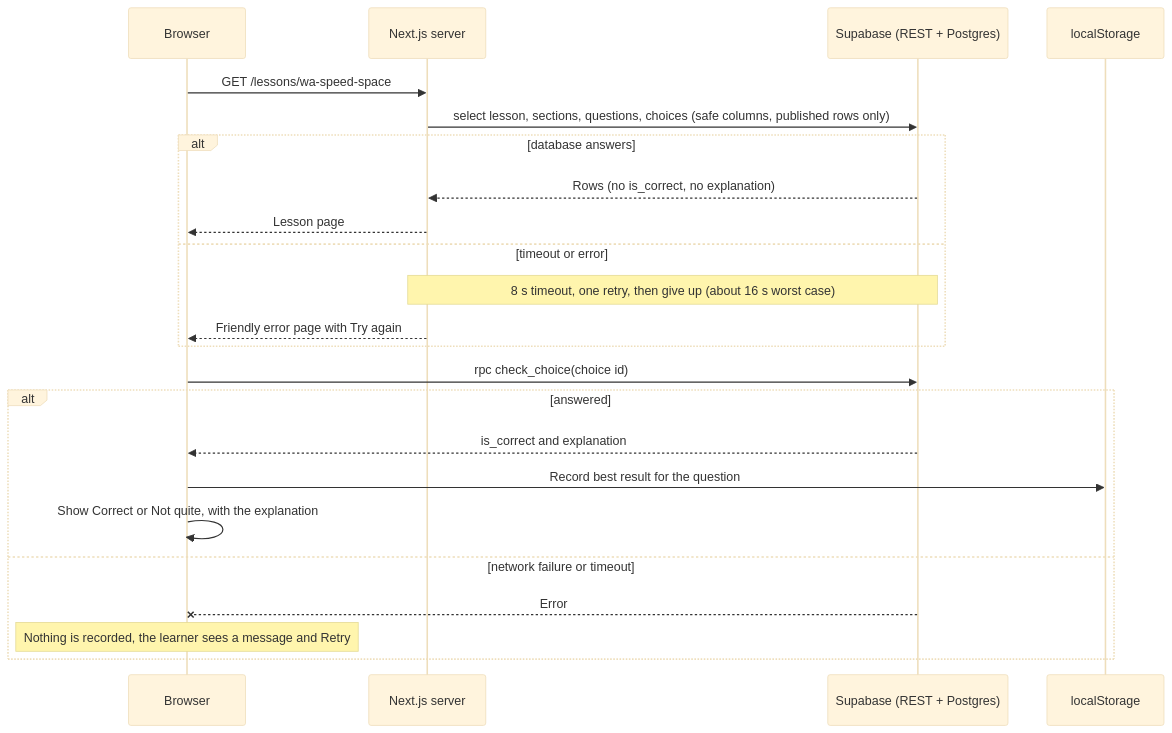
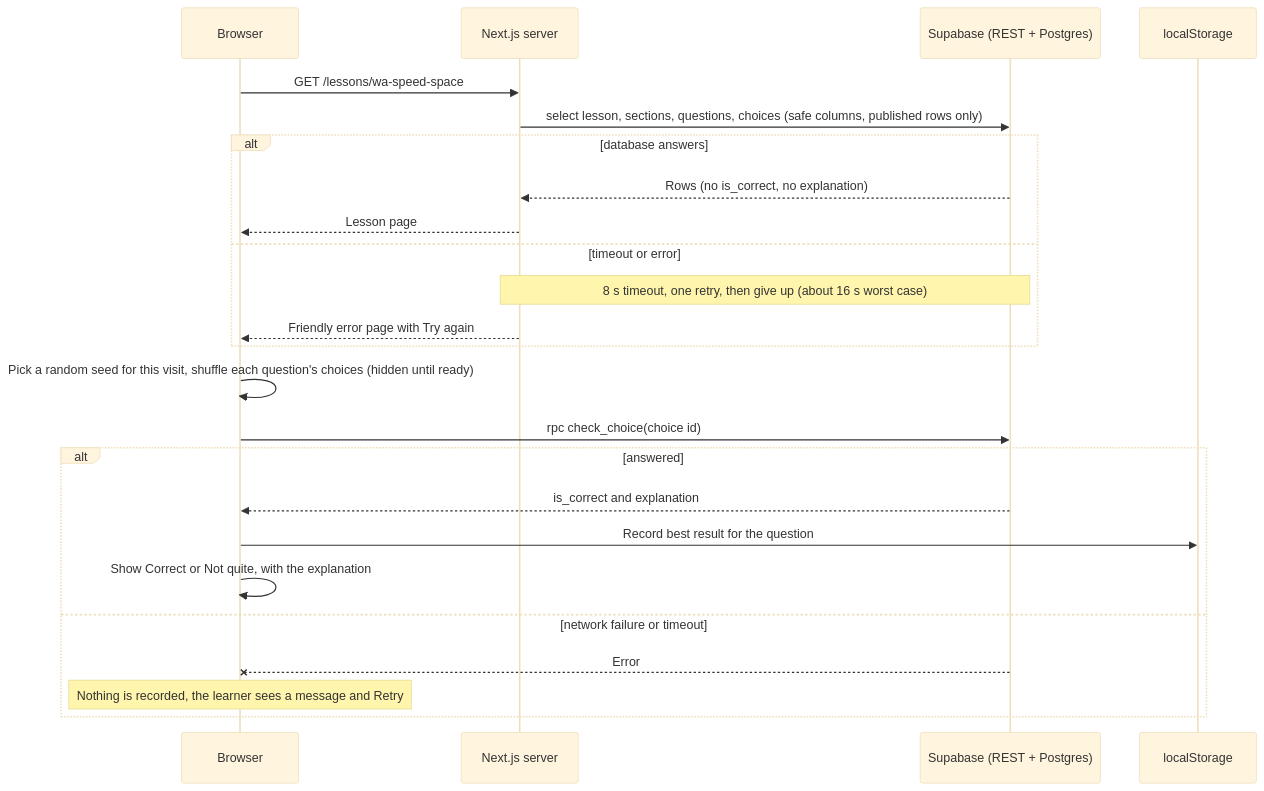
One commit to abdulrahman1121/super-driver changed the ninth of 9 diagrams in architecture/data-flow.md. Above: the diagram before and after it, drawn with Mermaid (base theme). The commit also changed other lines of this file and 6 other files, not shown here.

````diff
--- a/architecture/data-flow.md
+++ b/architecture/data-flow.md
@@ -311,26 +311,27 @@
 ```mermaid
 sequenceDiagram
   participant B as Browser
   participant N as Next.js server
   participant DB as Supabase (REST + Postgres)
   participant LS as localStorage
 
   B->>N: GET /lessons/wa-speed-space
   N->>DB: select lesson, sections, questions, choices (safe columns, published rows only)
   alt database answers
     DB-->>N: Rows (no is_correct, no explanation)
     N-->>B: Lesson page
   else timeout or error
     Note over N,DB: 8 s timeout, one retry, then give up (about 16 s worst case)
     N-->>B: Friendly error page with Try again
   end
+  B->>B: Pick a random seed for this visit, shuffle each question's choices (hidden until ready)
   B->>DB: rpc check_choice(choice id)
   alt answered
     DB-->>B: is_correct and explanation
     B->>LS: Record best result for the question
     B->>B: Show Correct or Not quite, with the explanation
   else network failure or timeout
     DB--xB: Error
     Note over B: Nothing is recorded, the learner sees a message and Retry
   end
 ```
````
